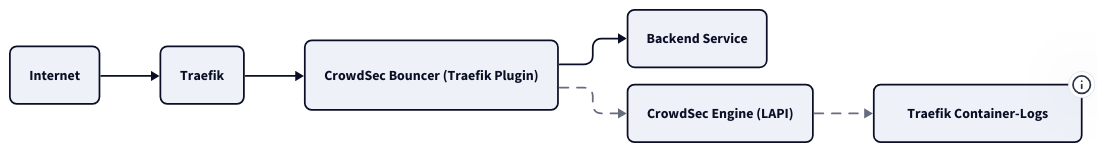
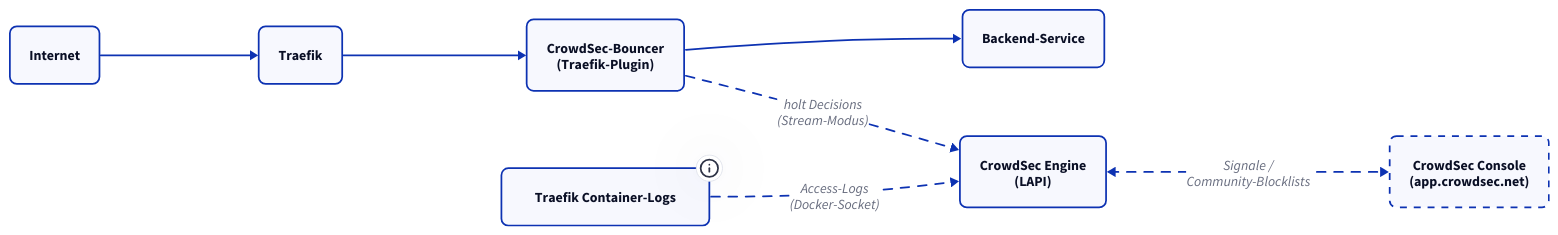
One commit to derever-labs/homelab-wiki changed the diagram in docs/crowdsec/index.md. Above: the diagram before and after it, drawn with D2. The commit also changed 8 other files, not shown here.

````diff
--- a/docs/crowdsec/index.md
+++ b/docs/crowdsec/index.md
@@ -23,26 +23,26 @@
 ```d2
-vars: {
-  d2-config: {
-    theme-id: 1
-    layout-engine: elk
-  }
-}
 direction: right
 
 classes: {
-  node: { style.border-radius: 8 }
+  node: { style: { border-radius: 8 } }
+  ext: { style: { border-radius: 8; stroke-dash: 4 } }
 }
 
-Internet: Internet { class: node }
-Traefik: Traefik { class: node }
-Plugin: CrowdSec Bouncer (Traefik Plugin) { class: node }
-Backend: Backend Service { class: node }
-Engine: CrowdSec Engine (LAPI) { class: node }
-Logs: Traefik Container-Logs { class: node; tooltip: "Docker-Socket Source (stdout des Traefik-Containers)" }
+internet: Internet { class: node }
+traefik: Traefik { class: node }
+plugin: "CrowdSec-Bouncer\n(Traefik-Plugin)" { class: node }
+backend: Backend-Service { class: node }
+engine: "CrowdSec Engine\n(LAPI)" { class: node }
+logs: Traefik Container-Logs {
+  class: node
+  tooltip: "Docker-Socket Source (stdout des Traefik-Containers)"
+}
+console: "CrowdSec Console\n(app.crowdsec.net)" { class: ext }
 
-Internet -> Traefik
-Traefik -> Plugin
-Plugin -> Backend
-Plugin -> Engine: { style.stroke-dash: 5 }
-Engine -> Logs: { style.stroke-dash: 5 }
+internet -> traefik
+traefik -> plugin
+plugin -> backend
+plugin -> engine: "holt Decisions\n(Stream-Modus)" { style.stroke-dash: 5 }
+logs -> engine: "Access-Logs\n(Docker-Socket)" { style.stroke-dash: 5 }
+engine <-> console: "Signale /\nCommunity-Blocklists" { style.stroke-dash: 5 }
 ```
````
